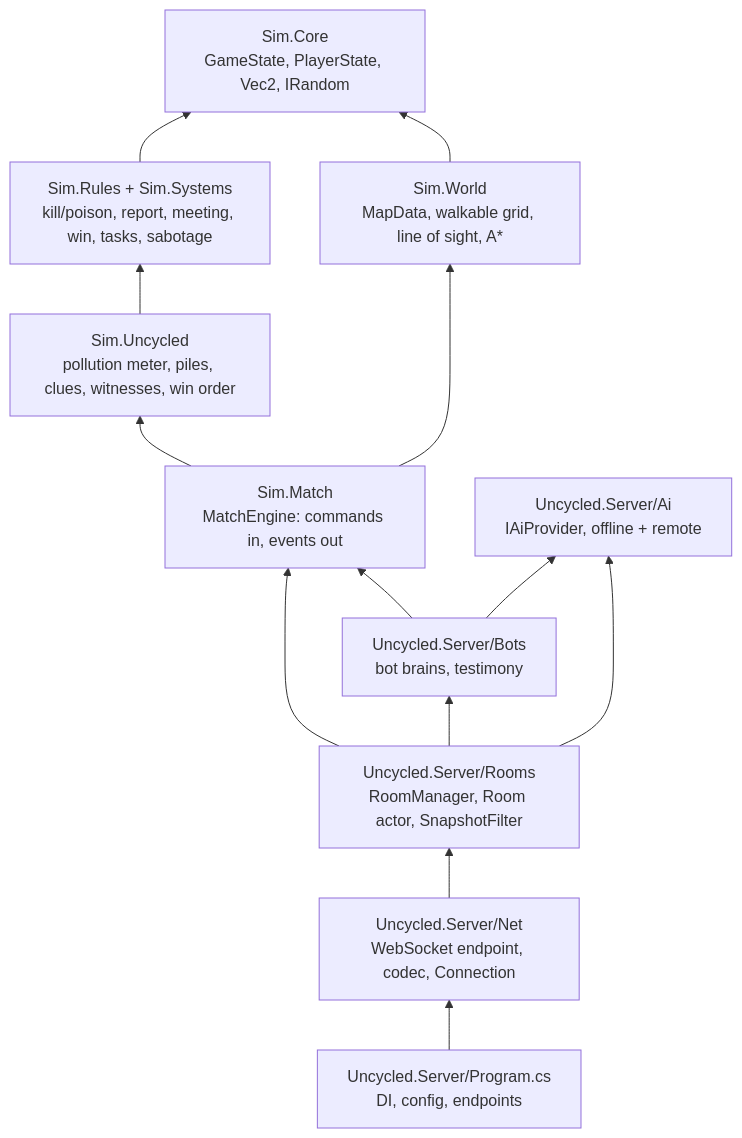
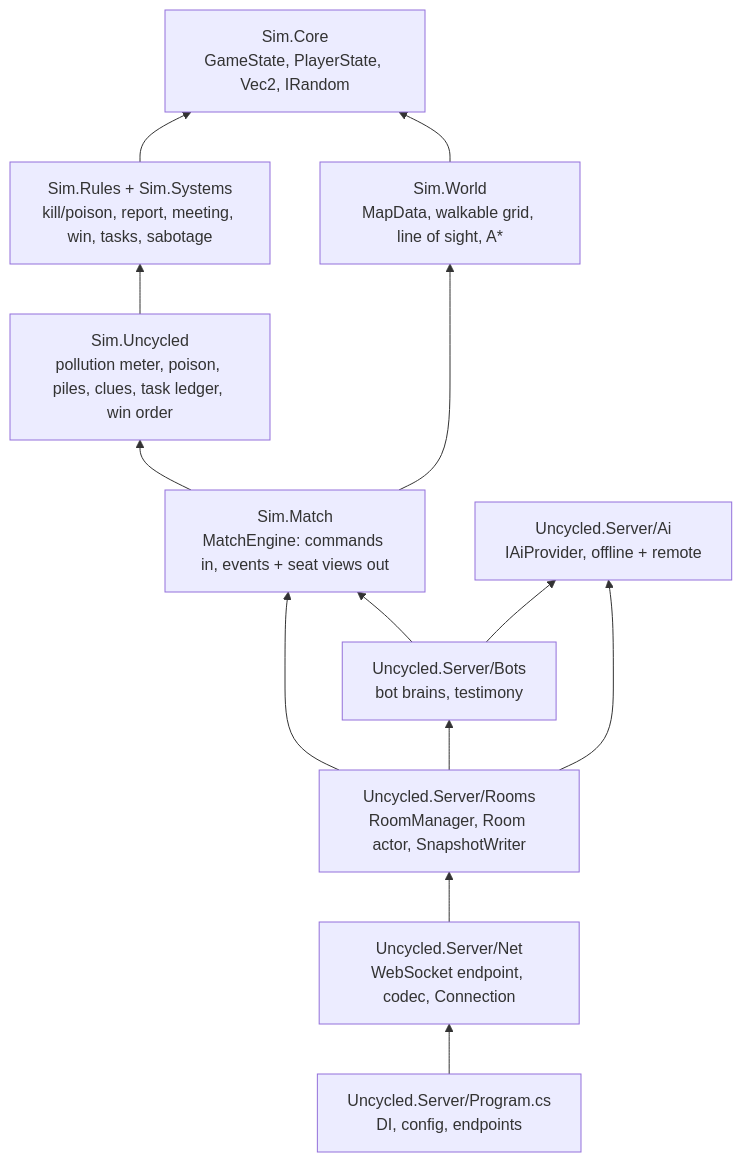
One commit to Faouzi-Blibech/EcoSus-Uncycled changed the third of 5 diagrams in docs/architecture/01-system-context.md. Above: the diagram before and after it, drawn with Mermaid. The commit also changed other lines of this file and 11 other files, not shown here.

Commit message:
docs: second design review (2026-11-14) for the architecture views and the design spec

````diff
--- a/docs/architecture/01-system-context.md
+++ b/docs/architecture/01-system-context.md
@@ -69,26 +69,26 @@
 ```mermaid
 flowchart BT
     simcore["Sim.Core<br/>GameState, PlayerState, Vec2, IRandom"]
     simrules["Sim.Rules + Sim.Systems<br/>kill/poison, report, meeting, win, tasks, sabotage"]
-    simuc["Sim.Uncycled<br/>pollution meter, piles, clues, witnesses, win order"]
-    simmatch["Sim.Match<br/>MatchEngine: commands in, events out"]
+    simuc["Sim.Uncycled<br/>pollution meter, poison, piles, clues, task ledger, win order"]
+    simmatch["Sim.Match<br/>MatchEngine: commands in, events + seat views out"]
     simnav["Sim.World<br/>MapData, walkable grid, line of sight, A*"]
     bots["Uncycled.Server/Bots<br/>bot brains, testimony"]
     aisvc["Uncycled.Server/Ai<br/>IAiProvider, offline + remote"]
-    roomsm["Uncycled.Server/Rooms<br/>RoomManager, Room actor, SnapshotFilter"]
+    roomsm["Uncycled.Server/Rooms<br/>RoomManager, Room actor, SnapshotWriter"]
     net["Uncycled.Server/Net<br/>WebSocket endpoint, codec, Connection"]
     host["Uncycled.Server/Program.cs<br/>DI, config, endpoints"]
 
     simrules --> simcore
     simnav --> simcore
     simuc --> simrules
     simmatch --> simuc
     simmatch --> simnav
     bots --> simmatch
     bots --> aisvc
     roomsm --> simmatch
     roomsm --> bots
     roomsm --> aisvc
     net --> roomsm
     host --> net
 ```
````
